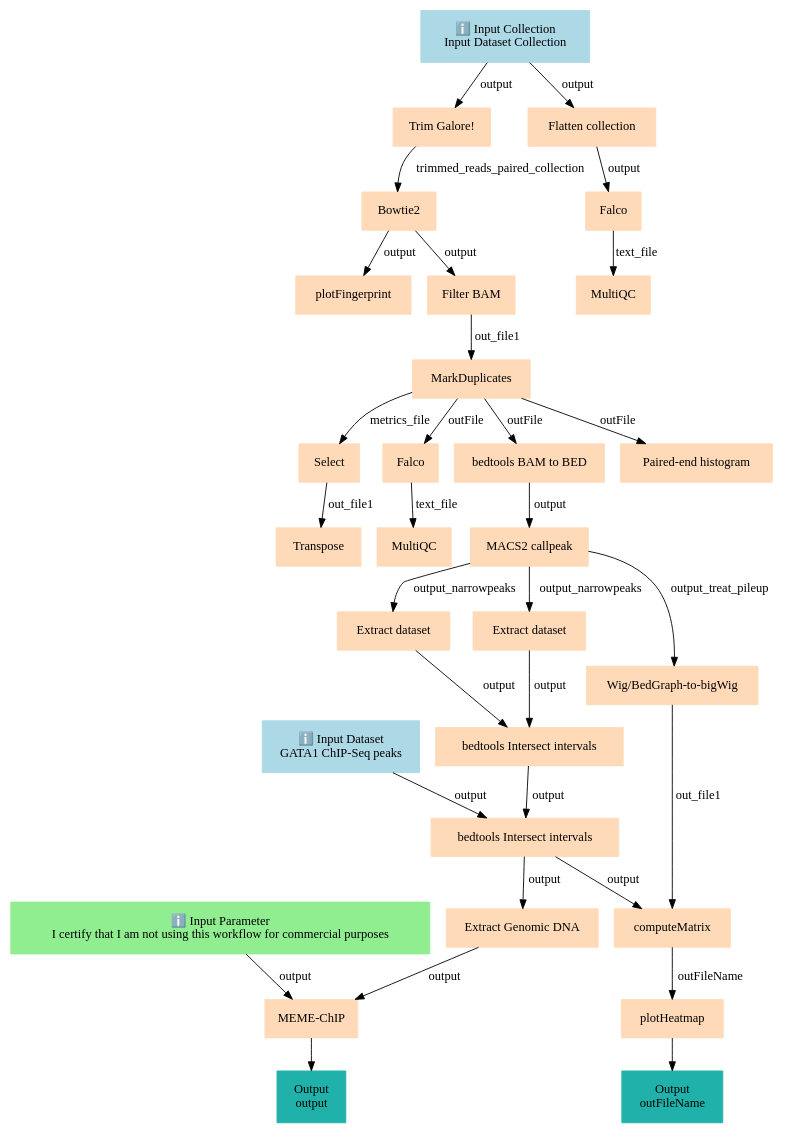
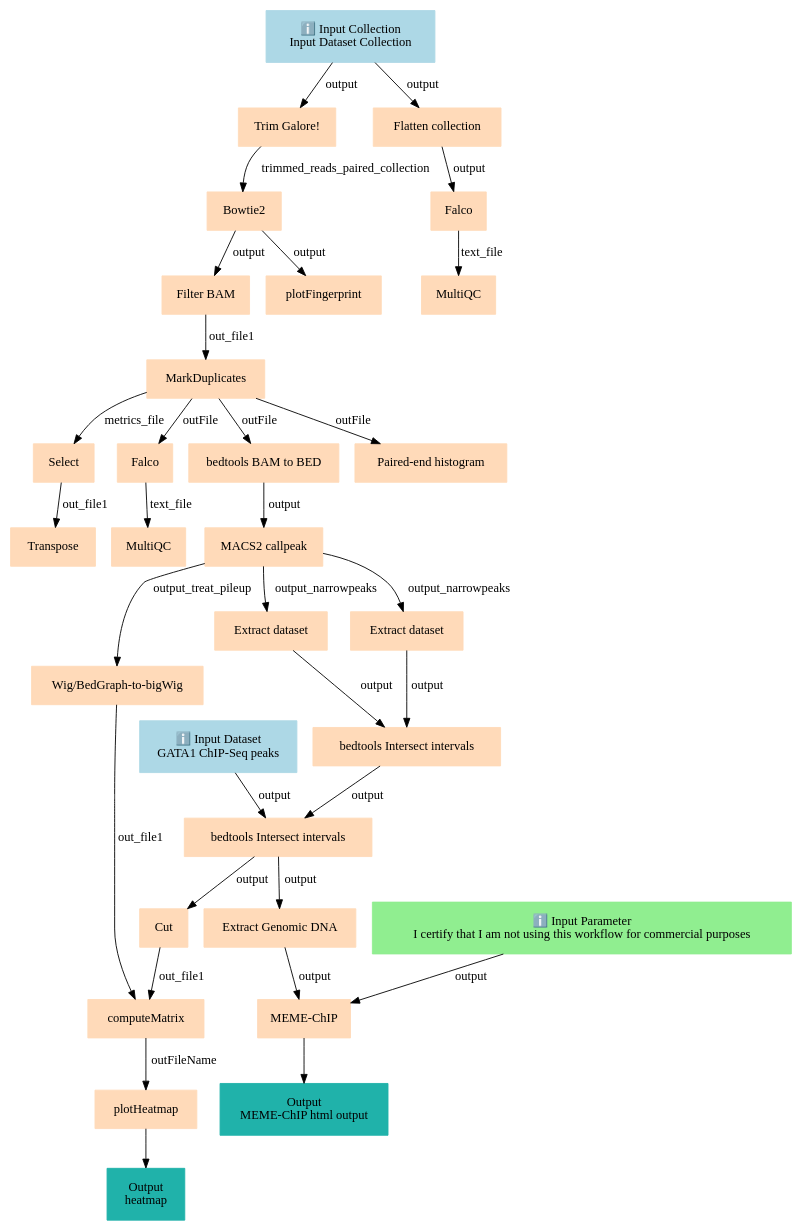
One commit to galaxyproject/training-material changed the diagram in api/workflows/epigenetics/cut_and_run/main-workflow/graph.dot. Above: the diagram before and after it, drawn with Graphviz. The commit also changed 12161 other files, not shown here.

```diff
--- a/api/workflows/epigenetics/cut_and_run/main-workflow/graph.dot
+++ b/api/workflows/epigenetics/cut_and_run/main-workflow/graph.dot
@@ -1,63 +1,65 @@
 digraph main {
   node [fontname="Atkinson Hyperlegible", shape=box, color=white,style=filled,color=peachpuff,margin="0.2,0.2"];
   edge [fontname="Atkinson Hyperlegible"];
   0[color=lightblue,label="ℹ️ Input Collection\nInput Dataset Collection"]
   1[color=lightblue,label="ℹ️ Input Dataset\nGATA1 ChIP-Seq peaks"]
   2[color=lightgreen,label="ℹ️ Input Parameter\nI certify that I am not using this workflow for commercial purposes"]
   3[label="Trim Galore!"]
   0 -> 3 [label="output"]
   4[label="Flatten collection"]
   0 -> 4 [label="output"]
   5[label="Bowtie2"]
   3 -> 5 [label="trimmed_reads_paired_collection"]
   6[label="Falco"]
   4 -> 6 [label="output"]
   7[label="plotFingerprint"]
   5 -> 7 [label="output"]
   8[label="Filter BAM"]
   5 -> 8 [label="output"]
   9[label="MultiQC"]
   6 -> 9 [label="text_file"]
   10[label="MarkDuplicates"]
   8 -> 10 [label="out_file1"]
   11[label="Select"]
   10 -> 11 [label="metrics_file"]
   12[label="Falco"]
   10 -> 12 [label="outFile"]
   13[label="bedtools BAM to BED"]
   10 -> 13 [label="outFile"]
   14[label="Paired-end histogram"]
   10 -> 14 [label="outFile"]
   15[label="Transpose"]
   11 -> 15 [label="out_file1"]
   16[label="MultiQC"]
   12 -> 16 [label="text_file"]
   17[label="MACS2 callpeak"]
   13 -> 17 [label="output"]
   18[label="Extract dataset"]
   17 -> 18 [label="output_narrowpeaks"]
   19[label="Extract dataset"]
   17 -> 19 [label="output_narrowpeaks"]
   20[label="Wig/BedGraph-to-bigWig"]
   17 -> 20 [label="output_treat_pileup"]
   21[label="bedtools Intersect intervals"]
   18 -> 21 [label="output"]
   19 -> 21 [label="output"]
   22[label="bedtools Intersect intervals"]
   21 -> 22 [label="output"]
   1 -> 22 [label="output"]
   23[label="Extract Genomic DNA"]
   22 -> 23 [label="output"]
-  24[label="computeMatrix"]
-  20 -> 24 [label="out_file1"]
+  24[label="Cut"]
   22 -> 24 [label="output"]
   25[label="MEME-ChIP"]
   23 -> 25 [label="output"]
   2 -> 25 [label="output"]
-  kfbd5951d305540c3a14f340a54da4924[color=lightseagreen,label="Output\noutput"]
-  25 -> kfbd5951d305540c3a14f340a54da4924
-  26[label="plotHeatmap"]
-  24 -> 26 [label="outFileName"]
-  k7f06a44801454e07890b6409de321123[color=lightseagreen,label="Output\noutFileName"]
-  26 -> k7f06a44801454e07890b6409de321123
+  k866ccdf7bdb9471db68d4ef3a557ee71[color=lightseagreen,label="Output\nMEME-ChIP html output"]
+  25 -> k866ccdf7bdb9471db68d4ef3a557ee71
+  26[label="computeMatrix"]
+  20 -> 26 [label="out_file1"]
+  24 -> 26 [label="out_file1"]
+  27[label="plotHeatmap"]
+  26 -> 27 [label="outFileName"]
+  k75ea7005fe2d4aacb58760281adc6ca3[color=lightseagreen,label="Output\nheatmap"]
+  27 -> k75ea7005fe2d4aacb58760281adc6ca3
 }
```
